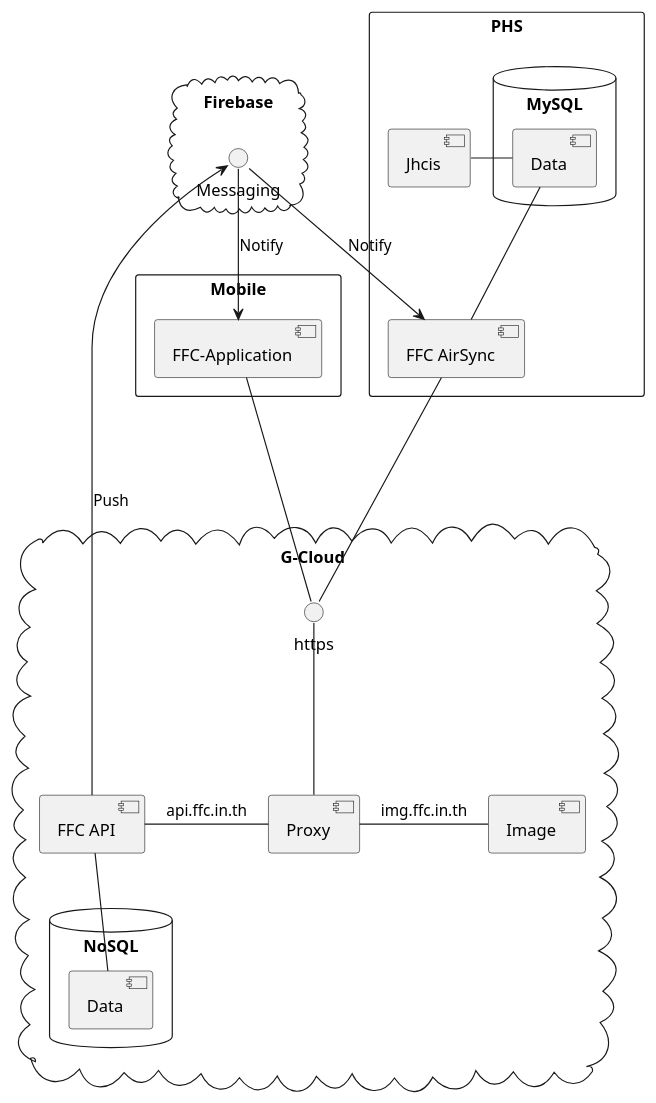
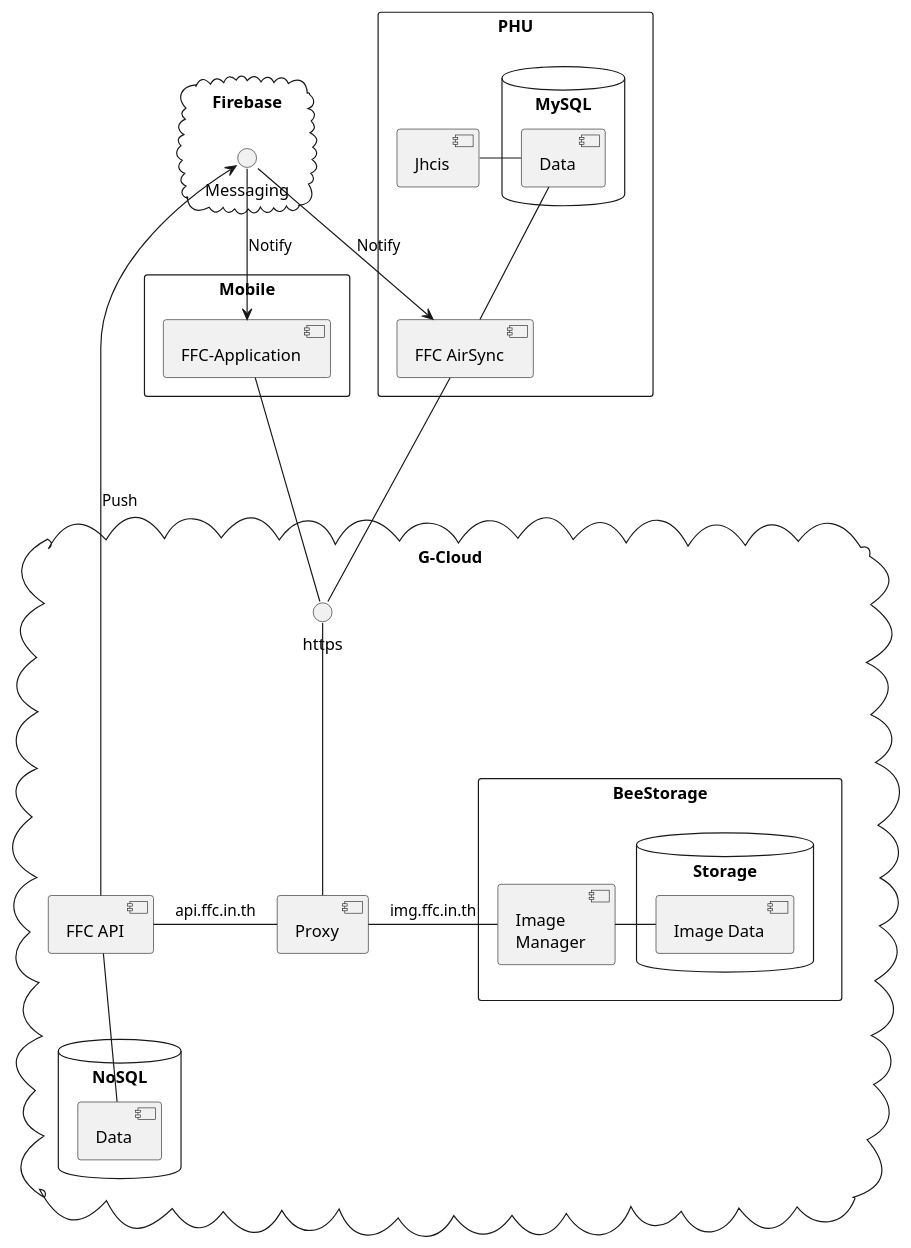
The diagram in uml/system.plantuml (ffc-nectec/entities), drawn with PlantUML before and after one commit.

Commit message:
Group BeeStorage

```diff
--- a/uml/system.plantuml
+++ b/uml/system.plantuml
@@ -1,47 +1,53 @@
 @startuml
 
 skinparam monochrome true
 skinparam componentStyle uml2
 
-rectangle PHS {
+rectangle "PHU" {
     [FFC AirSync] as AirSync
     [Jhcis]
     database "MySQL" {
         [Data] as JDB
     }
     AirSync -up- JDB
     JDB - Jhcis
 }
 
 cloud G-Cloud {
   [Proxy]
   [FFC API] as API
-  [Image] as Img
   database "NoSQL" {
     [Data]
+  }
+  rectangle "BeeStorage" {
+      [Image\nManager] as Img
+       database "Storage" {
+          [Image Data] as ImgData
+       }
+       Img - ImgData
   }
 
   [Proxy] -up-- https
   Proxy - API : api.ffc.in.th
   Proxy - Img : img.ffc.in.th
   API -- Data
 
 }
 
 cloud Firebase {
    () Messaging
 }
 
 rectangle Mobile {
     [FFC-Application] as app
 }
 
 API --> Messaging : Push
 Messaging --> app : Notify
 Messaging ---> AirSync : Notify
 
 
 AirSync --- https
 app --- https
 
 @enduml
```
